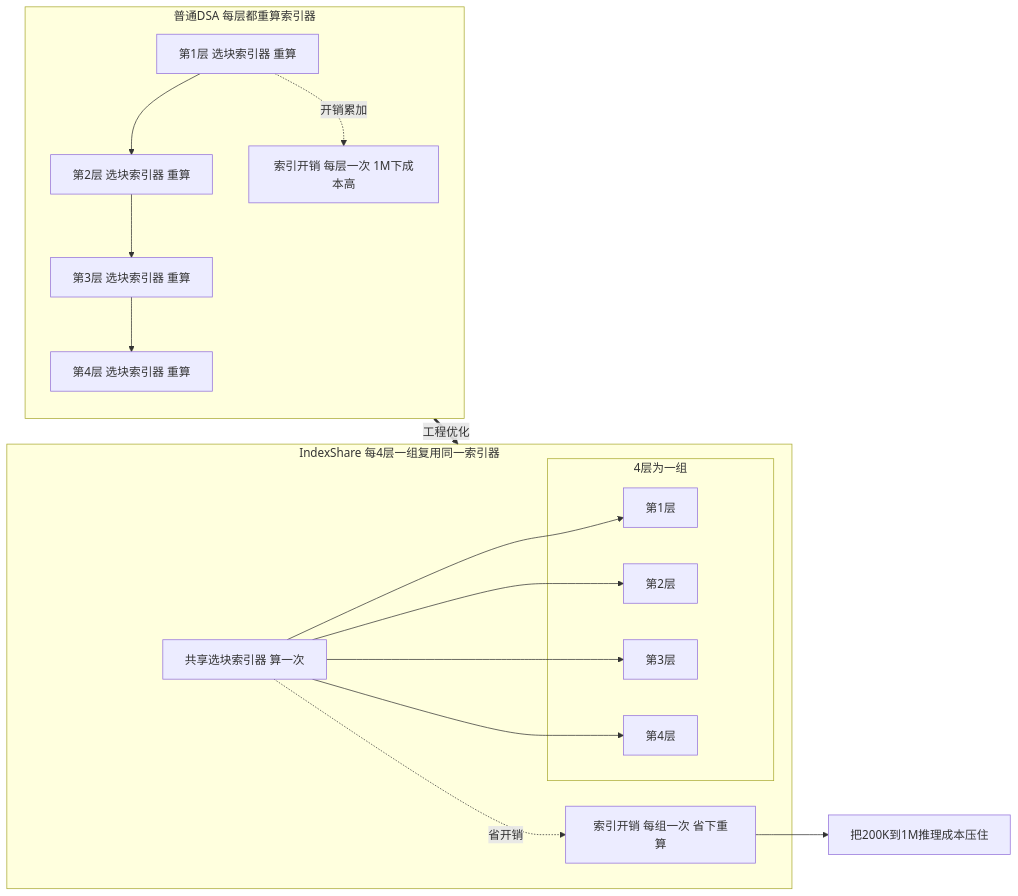
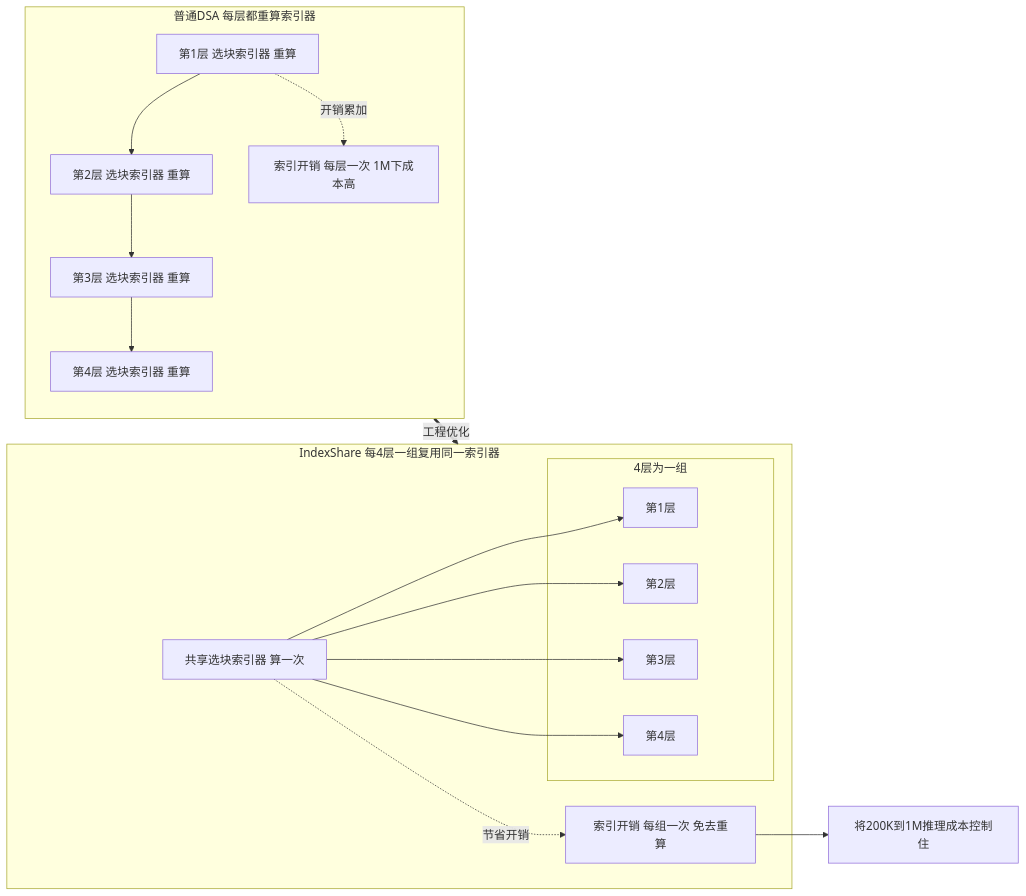
One commit to lloo099/mission44 changed the second of 4 diagrams in docs/blog/dispatch-06-glm-5-2.md. Above: the diagram before and after it, drawn with Mermaid. The commit also changed other lines of this file and 24 other files, not shown here.

Commit message:
全站文风统一:29 篇按'专业简洁、去口语化'标准批量修订 — 确定性替换 100 处(崩法→失稳模式/洼地→空白领域/占坑→公开工作/黑箱→未公开/datatype 动物园→谱系/押注→投入/护城河→竞争壁垒 等)+ 8 个编辑 agent 分批逐句精修(D24 单篇 38 处;两轮均遇用量上限中断后续跑完成)+ blog.json 摘要 6 处 + 综述残留 2 处. 术语全站一致化; 29 文件 mermaid 全验证 0 errors; 快照页同步重建

````diff
--- a/docs/blog/dispatch-06-glm-5-2.md
+++ b/docs/blog/dispatch-06-glm-5-2.md
@@ -70,27 +70,27 @@
 ```mermaid
 flowchart LR
     subgraph BASE ["普通DSA 每层都重算索引器"]
         B1["第1层 选块索引器 重算"] --> B2["第2层 选块索引器 重算"]
         B2 --> B3["第3层 选块索引器 重算"]
         B3 --> B4["第4层 选块索引器 重算"]
         BCOST["索引开销 每层一次 1M下成本高"]
         B1 -. "开销累加" .-> BCOST
     end
     subgraph SHARE ["IndexShare 每4层一组复用同一索引器"]
         IDX["共享选块索引器 算一次"]
         subgraph GROUP ["4层为一组"]
             S1["第1层"]
             S2["第2层"]
             S3["第3层"]
             S4["第4层"]
         end
         IDX --> S1
         IDX --> S2
         IDX --> S3
         IDX --> S4
-        SCOST["索引开销 每组一次 省下重算"]
-        IDX -. "省开销" .-> SCOST
+        SCOST["索引开销 每组一次 免去重算"]
+        IDX -. "节省开销" .-> SCOST
     end
     BASE == "工程优化" ==> SHARE
-    SCOST --> WIN["把200K到1M推理成本压住"]
+    SCOST --> WIN["将200K到1M推理成本控制住"]
 ```
````
